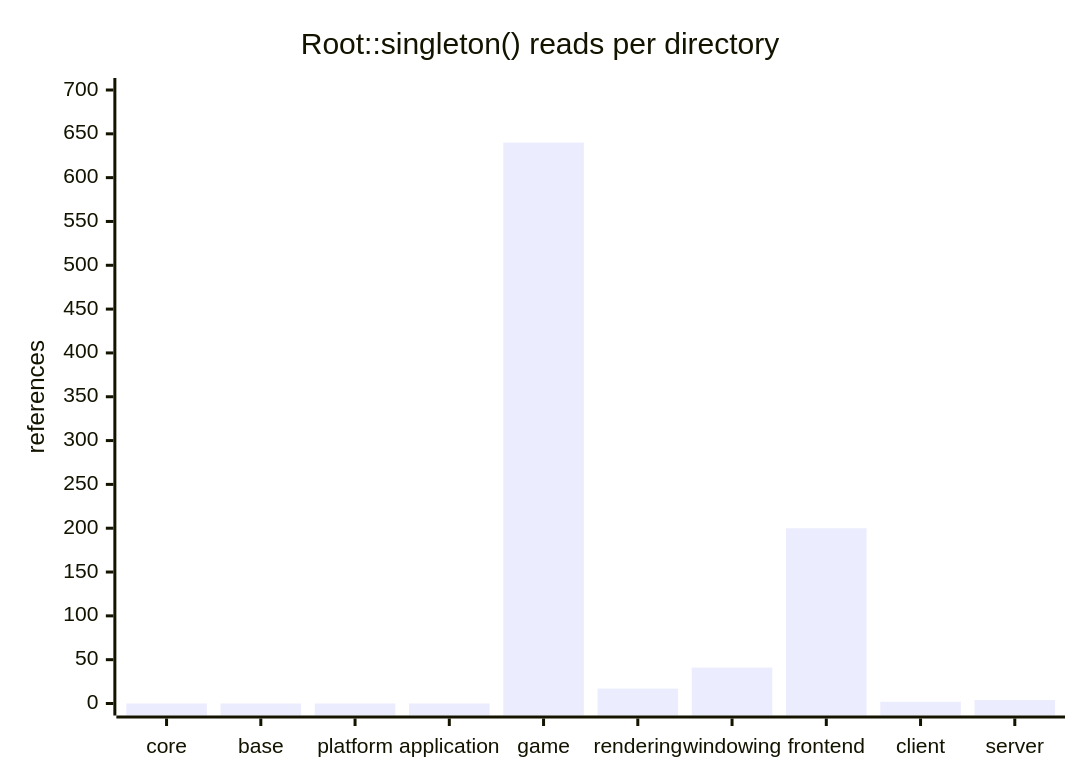
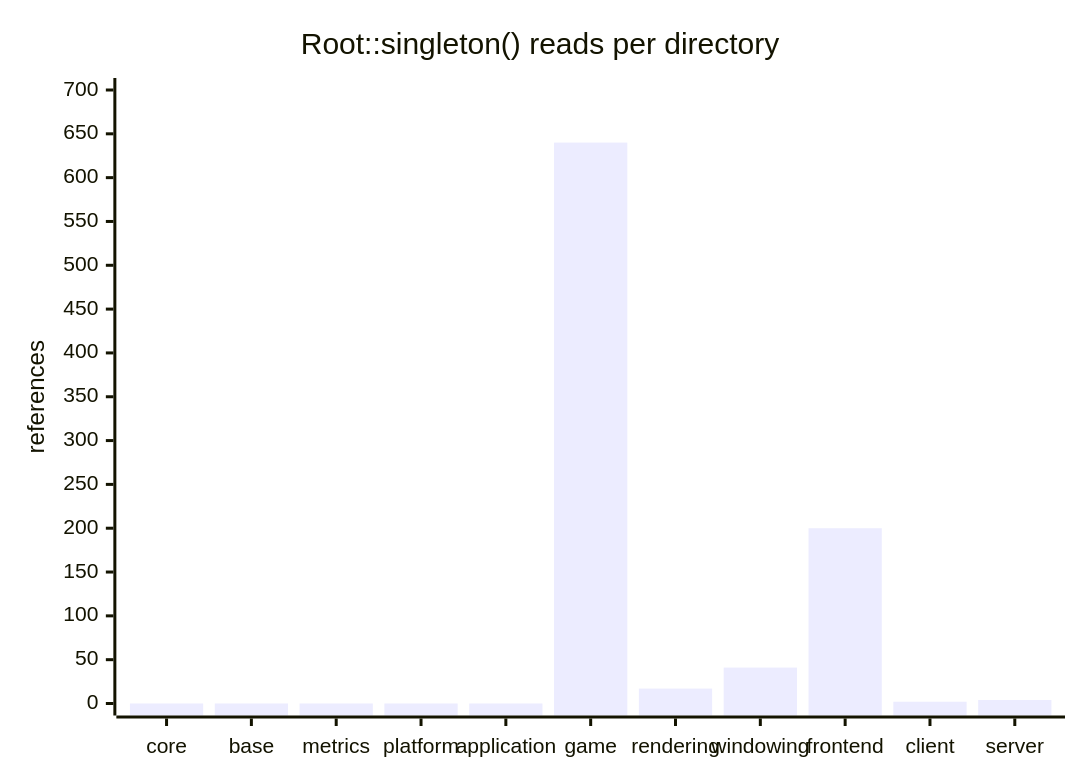
One commit to apnex/OpenStarbound changed the ninth of 11 diagrams in docs/architecture/system-boundaries.md. Above: the diagram before and after it, drawn with Mermaid. The commit also changed other lines of this file and 6 other files, not shown here.

````diff
--- a/docs/architecture/system-boundaries.md
+++ b/docs/architecture/system-boundaries.md
@@ -717,7 +726,7 @@
 ```mermaid
 xychart-beta
     title "Root::singleton() reads per directory"
-    x-axis [core, base, platform, application, game, rendering, windowing, frontend, client, server]
+    x-axis [core, base, metrics, platform, application, game, rendering, windowing, frontend, client, server]
     y-axis "references" 0 --> 700
-    bar [0, 0, 0, 0, 640, 17, 41, 200, 2, 4]
+    bar [0, 0, 0, 0, 0, 640, 17, 41, 200, 2, 4]
 ```
````
